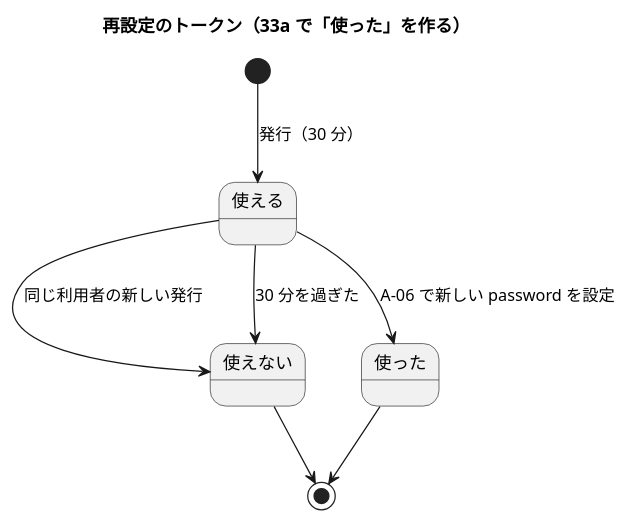
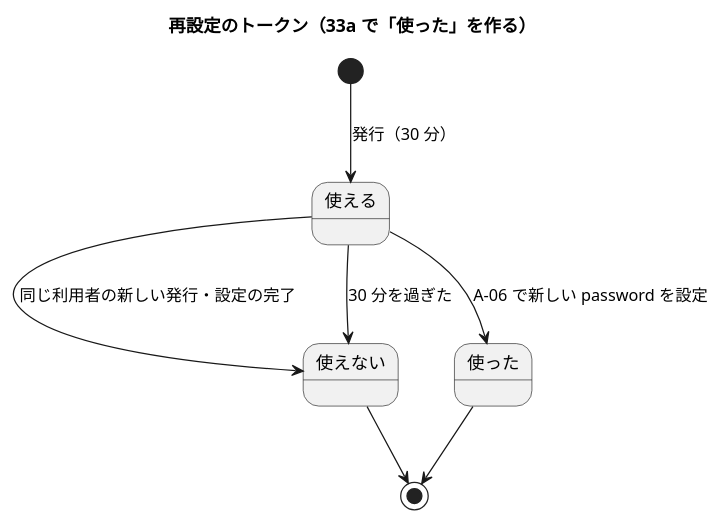
The second of 3 diagrams in docs/development/cargo-tracker/bolt_33a_plan.md (k2works/practical-domain-driven-design-in-enterpris-application), drawn with PlantUML before and after one commit. The commit also changed other lines of this file and 2 other files, not shown here.

````diff
--- a/docs/development/cargo-tracker/bolt_33a_plan.md
+++ b/docs/development/cargo-tracker/bolt_33a_plan.md
@@ -115,11 +140,11 @@
 ```plantuml
 @startuml
 title 再設定のトークン（33a で「使った」を作る）
 [*] --> 使える : 発行（30 分）
-使える --> 使えない : 同じ利用者の新しい発行
+使える --> 使えない : 同じ利用者の新しい発行・設定の完了
 使える --> 使えない : 30 分を過ぎた
 使える --> 使った : A-06 で新しい password を設定
 使った --> [*]
 使えない --> [*]
 @enduml
 ```
````
